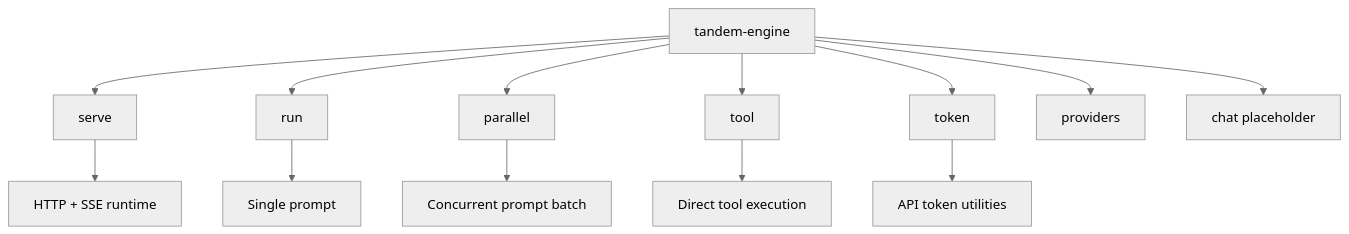
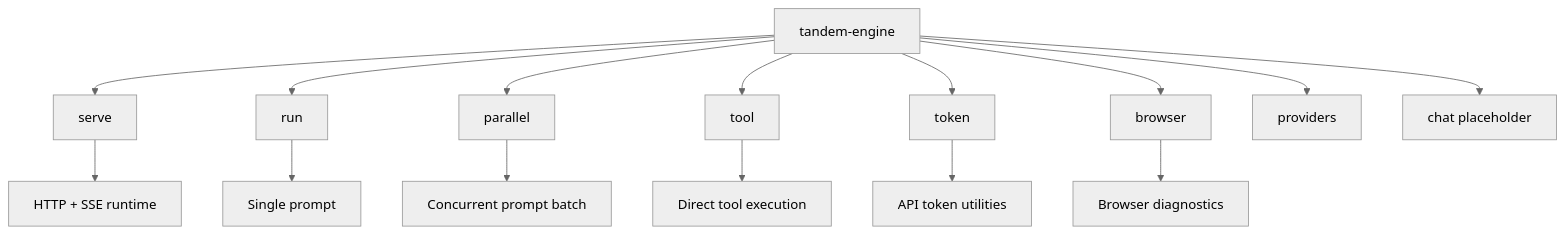
Before and after one commit to frumu-ai/tandem: the diagram in guide/src/content/docs/reference/engine-commands.md, drawn with Mermaid (neutral theme). The commit also changed other lines of this file and 25 other files, not shown here.

````diff
--- a/guide/src/content/docs/reference/engine-commands.md
+++ b/guide/src/content/docs/reference/engine-commands.md
@@ -9,16 +9,18 @@
 ```mermaid
 flowchart TD
   ROOT[tandem-engine] --> SERVE[serve]
   ROOT --> RUN[run]
   ROOT --> PAR[parallel]
   ROOT --> TOOL[tool]
   ROOT --> TOKEN[token]
+  ROOT --> BROWSER[browser]
   ROOT --> PROV[providers]
   ROOT --> CHAT[chat placeholder]
 
   SERVE --> API[HTTP + SSE runtime]
   RUN --> ONE[Single prompt]
   PAR --> MANY[Concurrent prompt batch]
   TOOL --> DIRECT[Direct tool execution]
   TOKEN --> AUTH[API token utilities]
+  BROWSER --> DIAG[Browser diagnostics]
 ```
````
